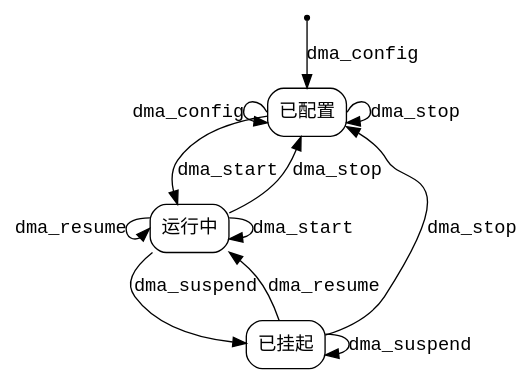
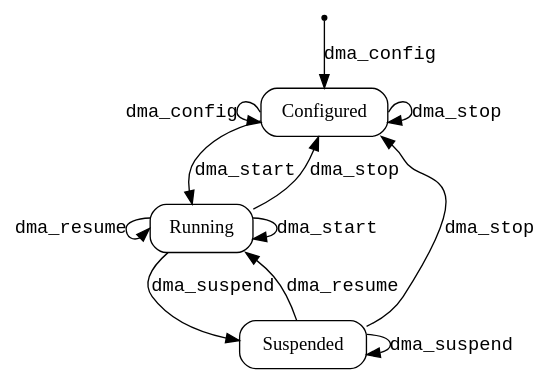
One commit to linpeilie/zephyr changed the diagram in doc-zh/hardware/peripherals/dma.rst. Above: the diagram before and after it, drawn with Graphviz. The commit also changed other lines of this file and 101 other files, not shown here.

```diff
--- a/doc-zh/hardware/peripherals/dma.rst
+++ b/doc-zh/hardware/peripherals/dma.rst
@@ -45,27 +37,27 @@
 .. graphviz::
    :caption: DMA 状态有限状态机
 
    digraph {
        node [style=rounded];
        edge [fontname=Courier];
        init [shape=point];
 
-       CONFIGURED [label=已配置,shape=box];
-       RUNNING [label=运行中,shape=box];
-       SUSPENDED [label=已挂起,shape=box];
+       CONFIGURED [label=Configured,shape=box];
+       RUNNING [label=Running,shape=box];
+       SUSPENDED [label=Suspended,shape=box];
 
        init -> CONFIGURED [label=dma_config];
 
        CONFIGURED -> RUNNING [label=dma_start];
        CONFIGURED -> CONFIGURED [label=dma_stop, headport=c, tailport=e];
        CONFIGURED -> CONFIGURED [label=dma_config, headport=c, tailport=w];
 
        RUNNING -> CONFIGURED [label=dma_stop];
        RUNNING -> RUNNING [label=dma_start];
        RUNNING -> RUNNING [label=dma_resume, headport=w];
        RUNNING -> SUSPENDED [label=dma_suspend];
 
        SUSPENDED -> SUSPENDED [label=dma_suspend];
        SUSPENDED -> RUNNING [label=dma_resume];
        SUSPENDED -> CONFIGURED [label=dma_stop];
    }
```
